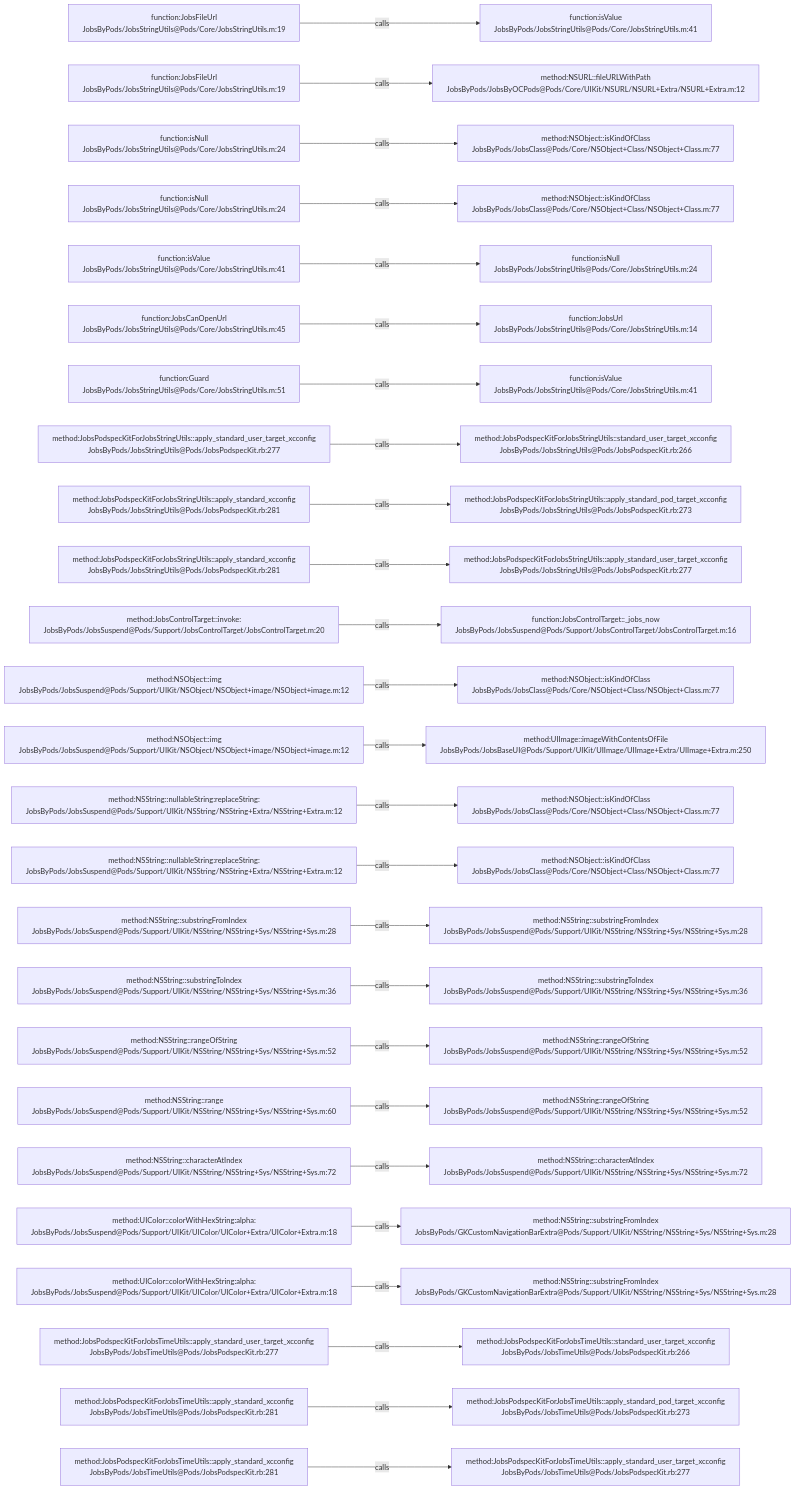
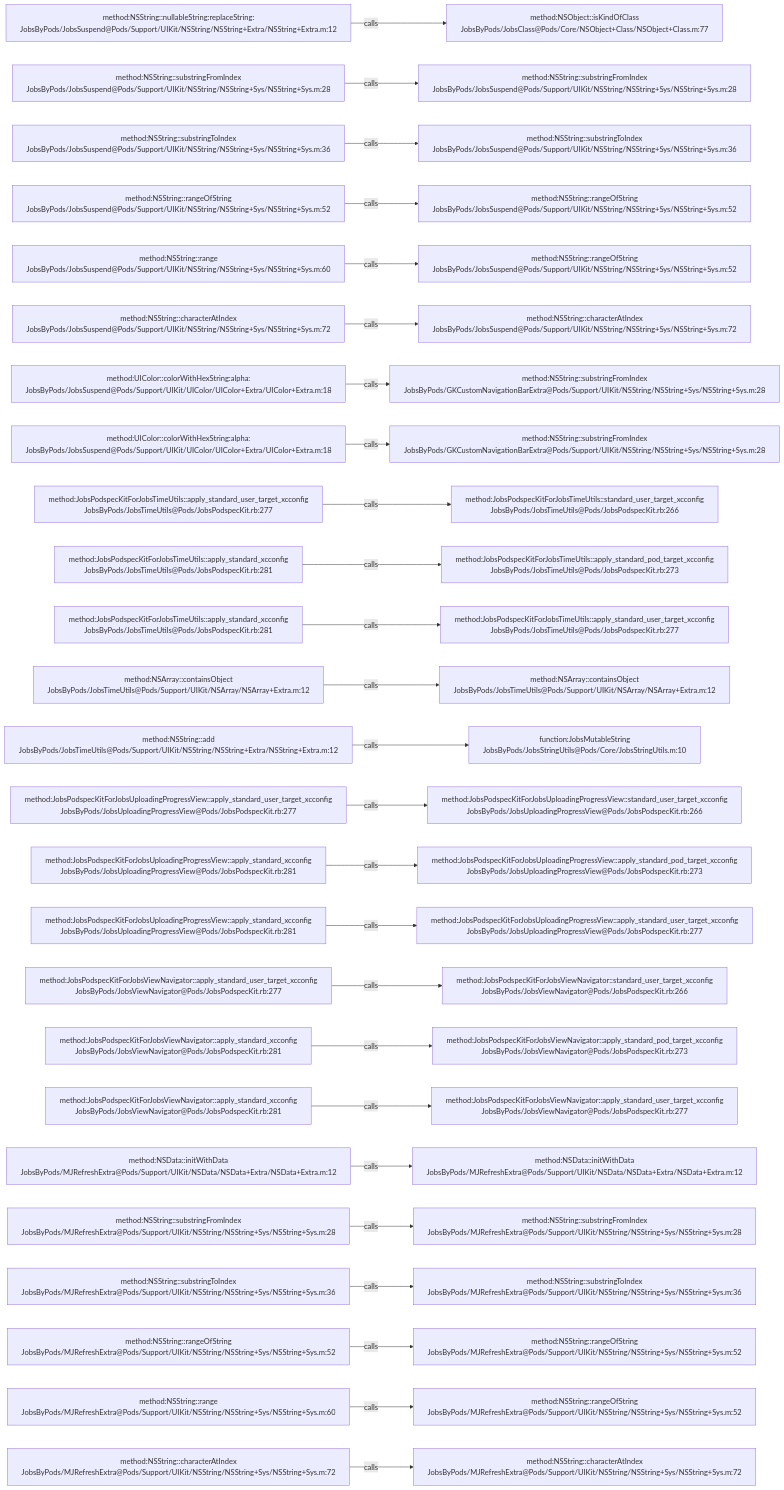
Before and after one commit to JobsKits/JobsOCBaseConfigDemo: the diagram in .codegraph/codegraph.md/graphs/calls-016.md, drawn with Mermaid. The commit also changed 296 other files, not shown here.

````diff
--- a/.codegraph/codegraph.md/graphs/calls-016.md
+++ b/.codegraph/codegraph.md/graphs/calls-016.md
@@ -13,78 +13,78 @@
 ```mermaid
 flowchart LR
-  S1["function:JobsFileUrl<br/>JobsByPods/JobsStringUtils@Pods/Core/JobsStringUtils.m:19"]
-  T1["function:isValue<br/>JobsByPods/JobsStringUtils@Pods/Core/JobsStringUtils.m:41"]
+  S1["method:NSString::nullableString:replaceString:<br/>JobsByPods/JobsSuspend@Pods/Support/UIKit/NSString/NSString+Extra/NSString+Extra.m:12"]
+  T1["method:NSObject::isKindOfClass<br/>JobsByPods/JobsClass@Pods/Core/NSObject+Class/NSObject+Class.m:77"]
   S1 -->|calls| T1
-  S2["function:JobsFileUrl<br/>JobsByPods/JobsStringUtils@Pods/Core/JobsStringUtils.m:19"]
-  T2["method:NSURL::fileURLWithPath<br/>JobsByPods/JobsByOCPods@Pods/Core/UIKit/NSURL/NSURL+Extra/NSURL+Extra.m:12"]
+  S2["method:NSString::substringFromIndex<br/>JobsByPods/JobsSuspend@Pods/Support/UIKit/NSString/NSString+Sys/NSString+Sys.m:28"]
+  T2["method:NSString::substringFromIndex<br/>JobsByPods/JobsSuspend@Pods/Support/UIKit/NSString/NSString+Sys/NSString+Sys.m:28"]
   S2 -->|calls| T2
-  S3["function:isNull<br/>JobsByPods/JobsStringUtils@Pods/Core/JobsStringUtils.m:24"]
-  T3["method:NSObject::isKindOfClass<br/>JobsByPods/JobsClass@Pods/Core/NSObject+Class/NSObject+Class.m:77"]
+  S3["method:NSString::substringToIndex<br/>JobsByPods/JobsSuspend@Pods/Support/UIKit/NSString/NSString+Sys/NSString+Sys.m:36"]
+  T3["method:NSString::substringToIndex<br/>JobsByPods/JobsSuspend@Pods/Support/UIKit/NSString/NSString+Sys/NSString+Sys.m:36"]
   S3 -->|calls| T3
-  S4["function:isNull<br/>JobsByPods/JobsStringUtils@Pods/Core/JobsStringUtils.m:24"]
-  T4["method:NSObject::isKindOfClass<br/>JobsByPods/JobsClass@Pods/Core/NSObject+Class/NSObject+Class.m:77"]
+  S4["method:NSString::rangeOfString<br/>JobsByPods/JobsSuspend@Pods/Support/UIKit/NSString/NSString+Sys/NSString+Sys.m:52"]
+  T4["method:NSString::rangeOfString<br/>JobsByPods/JobsSuspend@Pods/Support/UIKit/NSString/NSString+Sys/NSString+Sys.m:52"]
   S4 -->|calls| T4
-  S5["function:isValue<br/>JobsByPods/JobsStringUtils@Pods/Core/JobsStringUtils.m:41"]
-  T5["function:isNull<br/>JobsByPods/JobsStringUtils@Pods/Core/JobsStringUtils.m:24"]
+  S5["method:NSString::range<br/>JobsByPods/JobsSuspend@Pods/Support/UIKit/NSString/NSString+Sys/NSString+Sys.m:60"]
+  T5["method:NSString::rangeOfString<br/>JobsByPods/JobsSuspend@Pods/Support/UIKit/NSString/NSString+Sys/NSString+Sys.m:52"]
   S5 -->|calls| T5
-  S6["function:JobsCanOpenUrl<br/>JobsByPods/JobsStringUtils@Pods/Core/JobsStringUtils.m:45"]
-  T6["function:JobsUrl<br/>JobsByPods/JobsStringUtils@Pods/Core/JobsStringUtils.m:14"]
+  S6["method:NSString::characterAtIndex<br/>JobsByPods/JobsSuspend@Pods/Support/UIKit/NSString/NSString+Sys/NSString+Sys.m:72"]
+  T6["method:NSString::characterAtIndex<br/>JobsByPods/JobsSuspend@Pods/Support/UIKit/NSString/NSString+Sys/NSString+Sys.m:72"]
   S6 -->|calls| T6
-  S7["function:Guard<br/>JobsByPods/JobsStringUtils@Pods/Core/JobsStringUtils.m:51"]
-  T7["function:isValue<br/>JobsByPods/JobsStringUtils@Pods/Core/JobsStringUtils.m:41"]
+  S7["method:UIColor::colorWithHexString:alpha:<br/>JobsByPods/JobsSuspend@Pods/Support/UIKit/UIColor/UIColor+Extra/UIColor+Extra.m:18"]
+  T7["method:NSString::substringFromIndex<br/>JobsByPods/GKCustomNavigationBarExtra@Pods/Support/UIKit/NSString/NSString+Sys/NSString+Sys.m:28"]
   S7 -->|calls| T7
-  S8["method:JobsPodspecKitForJobsStringUtils::apply_standard_user_target_xcconfig<br/>JobsByPods/JobsStringUtils@Pods/JobsPodspecKit.rb:277"]
-  T8["method:JobsPodspecKitForJobsStringUtils::standard_user_target_xcconfig<br/>JobsByPods/JobsStringUtils@Pods/JobsPodspecKit.rb:266"]
+  S8["method:UIColor::colorWithHexString:alpha:<br/>JobsByPods/JobsSuspend@Pods/Support/UIKit/UIColor/UIColor+Extra/UIColor+Extra.m:18"]
+  T8["method:NSString::substringFromIndex<br/>JobsByPods/GKCustomNavigationBarExtra@Pods/Support/UIKit/NSString/NSString+Sys/NSString+Sys.m:28"]
   S8 -->|calls| T8
-  S9["method:JobsPodspecKitForJobsStringUtils::apply_standard_xcconfig<br/>JobsByPods/JobsStringUtils@Pods/JobsPodspecKit.rb:281"]
-  T9["method:JobsPodspecKitForJobsStringUtils::apply_standard_pod_target_xcconfig<br/>JobsByPods/JobsStringUtils@Pods/JobsPodspecKit.rb:273"]
+  S9["method:JobsPodspecKitForJobsTimeUtils::apply_standard_user_target_xcconfig<br/>JobsByPods/JobsTimeUtils@Pods/JobsPodspecKit.rb:277"]
+  T9["method:JobsPodspecKitForJobsTimeUtils::standard_user_target_xcconfig<br/>JobsByPods/JobsTimeUtils@Pods/JobsPodspecKit.rb:266"]
   S9 -->|calls| T9
-  S10["method:JobsPodspecKitForJobsStringUtils::apply_standard_xcconfig<br/>JobsByPods/JobsStringUtils@Pods/JobsPodspecKit.rb:281"]
-  T10["method:JobsPodspecKitForJobsStringUtils::apply_standard_user_target_xcconfig<br/>JobsByPods/JobsStringUtils@Pods/JobsPodspecKit.rb:277"]
+  S10["method:JobsPodspecKitForJobsTimeUtils::apply_standard_xcconfig<br/>JobsByPods/JobsTimeUtils@Pods/JobsPodspecKit.rb:281"]
+  T10["method:JobsPodspecKitForJobsTimeUtils::apply_standard_pod_target_xcconfig<br/>JobsByPods/JobsTimeUtils@Pods/JobsPodspecKit.rb:273"]
   S10 -->|calls| T10
-  S11["method:JobsControlTarget::invoke:<br/>JobsByPods/JobsSuspend@Pods/Support/JobsControlTarget/JobsControlTarget.m:20"]
-  T11["function:JobsControlTarget::_jobs_now<br/>JobsByPods/JobsSuspend@Pods/Support/JobsControlTarget/JobsControlTarget.m:16"]
+  S11["method:JobsPodspecKitForJobsTimeUtils::apply_standard_xcconfig<br/>JobsByPods/JobsTimeUtils@Pods/JobsPodspecKit.rb:281"]
+  T11["method:JobsPodspecKitForJobsTimeUtils::apply_standard_user_target_xcconfig<br/>JobsByPods/JobsTimeUtils@Pods/JobsPodspecKit.rb:277"]
   S11 -->|calls| T11
-  S12["method:NSObject::img<br/>JobsByPods/JobsSuspend@Pods/Support/UIKit/NSObject/NSObject+image/NSObject+image.m:12"]
-  T12["method:NSObject::isKindOfClass<br/>JobsByPods/JobsClass@Pods/Core/NSObject+Class/NSObject+Class.m:77"]
+  S12["method:NSArray::containsObject<br/>JobsByPods/JobsTimeUtils@Pods/Support/UIKit/NSArray/NSArray+Extra.m:12"]
+  T12["method:NSArray::containsObject<br/>JobsByPods/JobsTimeUtils@Pods/Support/UIKit/NSArray/NSArray+Extra.m:12"]
   S12 -->|calls| T12
-  S13["method:NSObject::img<br/>JobsByPods/JobsSuspend@Pods/Support/UIKit/NSObject/NSObject+image/NSObject+image.m:12"]
-  T13["method:UIImage::imageWithContentsOfFile<br/>JobsByPods/JobsBaseUI@Pods/Support/UIKit/UIImage/UIImage+Extra/UIImage+Extra.m:250"]
+  S13["method:NSString::add<br/>JobsByPods/JobsTimeUtils@Pods/Support/UIKit/NSString/NSString+Extra/NSString+Extra.m:12"]
+  T13["function:JobsMutableString<br/>JobsByPods/JobsStringUtils@Pods/Core/JobsStringUtils.m:10"]
   S13 -->|calls| T13
-  S14["method:NSString::nullableString:replaceString:<br/>JobsByPods/JobsSuspend@Pods/Support/UIKit/NSString/NSString+Extra/NSString+Extra.m:12"]
-  T14["method:NSObject::isKindOfClass<br/>JobsByPods/JobsClass@Pods/Core/NSObject+Class/NSObject+Class.m:77"]
+  S14["method:JobsPodspecKitForJobsUploadingProgressView::apply_standard_user_target_xcconfig<br/>JobsByPods/JobsUploadingProgressView@Pods/JobsPodspecKit.rb:277"]
+  T14["method:JobsPodspecKitForJobsUploadingProgressView::standard_user_target_xcconfig<br/>JobsByPods/JobsUploadingProgressView@Pods/JobsPodspecKit.rb:266"]
   S14 -->|calls| T14
-  S15["method:NSString::nullableString:replaceString:<br/>JobsByPods/JobsSuspend@Pods/Support/UIKit/NSString/NSString+Extra/NSString+Extra.m:12"]
-  T15["method:NSObject::isKindOfClass<br/>JobsByPods/JobsClass@Pods/Core/NSObject+Class/NSObject+Class.m:77"]
+  S15["method:JobsPodspecKitForJobsUploadingProgressView::apply_standard_xcconfig<br/>JobsByPods/JobsUploadingProgressView@Pods/JobsPodspecKit.rb:281"]
+  T15["method:JobsPodspecKitForJobsUploadingProgressView::apply_standard_pod_target_xcconfig<br/>JobsByPods/JobsUploadingProgressView@Pods/JobsPodspecKit.rb:273"]
   S15 -->|calls| T15
-  S16["method:NSString::substringFromIndex<br/>JobsByPods/JobsSuspend@Pods/Support/UIKit/NSString/NSString+Sys/NSString+Sys.m:28"]
-  T16["method:NSString::substringFromIndex<br/>JobsByPods/JobsSuspend@Pods/Support/UIKit/NSString/NSString+Sys/NSString+Sys.m:28"]
+  S16["method:JobsPodspecKitForJobsUploadingProgressView::apply_standard_xcconfig<br/>JobsByPods/JobsUploadingProgressView@Pods/JobsPodspecKit.rb:281"]
+  T16["method:JobsPodspecKitForJobsUploadingProgressView::apply_standard_user_target_xcconfig<br/>JobsByPods/JobsUploadingProgressView@Pods/JobsPodspecKit.rb:277"]
   S16 -->|calls| T16
-  S17["method:NSString::substringToIndex<br/>JobsByPods/JobsSuspend@Pods/Support/UIKit/NSString/NSString+Sys/NSString+Sys.m:36"]
-  T17["method:NSString::substringToIndex<br/>JobsByPods/JobsSuspend@Pods/Support/UIKit/NSString/NSString+Sys/NSString+Sys.m:36"]
+  S17["method:JobsPodspecKitForJobsViewNavigator::apply_standard_user_target_xcconfig<br/>JobsByPods/JobsViewNavigator@Pods/JobsPodspecKit.rb:277"]
+  T17["method:JobsPodspecKitForJobsViewNavigator::standard_user_target_xcconfig<br/>JobsByPods/JobsViewNavigator@Pods/JobsPodspecKit.rb:266"]
   S17 -->|calls| T17
-  S18["method:NSString::rangeOfString<br/>JobsByPods/JobsSuspend@Pods/Support/UIKit/NSString/NSString+Sys/NSString+Sys.m:52"]
-  T18["method:NSString::rangeOfString<br/>JobsByPods/JobsSuspend@Pods/Support/UIKit/NSString/NSString+Sys/NSString+Sys.m:52"]
+  S18["method:JobsPodspecKitForJobsViewNavigator::apply_standard_xcconfig<br/>JobsByPods/JobsViewNavigator@Pods/JobsPodspecKit.rb:281"]
+  T18["method:JobsPodspecKitForJobsViewNavigator::apply_standard_pod_target_xcconfig<br/>JobsByPods/JobsViewNavigator@Pods/JobsPodspecKit.rb:273"]
   S18 -->|calls| T18
-  S19["method:NSString::range<br/>JobsByPods/JobsSuspend@Pods/Support/UIKit/NSString/NSString+Sys/NSString+Sys.m:60"]
-  T19["method:NSString::rangeOfString<br/>JobsByPods/JobsSuspend@Pods/Support/UIKit/NSString/NSString+Sys/NSString+Sys.m:52"]
+  S19["method:JobsPodspecKitForJobsViewNavigator::apply_standard_xcconfig<br/>JobsByPods/JobsViewNavigator@Pods/JobsPodspecKit.rb:281"]
+  T19["method:JobsPodspecKitForJobsViewNavigator::apply_standard_user_target_xcconfig<br/>JobsByPods/JobsViewNavigator@Pods/JobsPodspecKit.rb:277"]
   S19 -->|calls| T19
-  S20["method:NSString::characterAtIndex<br/>JobsByPods/JobsSuspend@Pods/Support/UIKit/NSString/NSString+Sys/NSString+Sys.m:72"]
-  T20["method:NSString::characterAtIndex<br/>JobsByPods/JobsSuspend@Pods/Support/UIKit/NSString/NSString+Sys/NSString+Sys.m:72"]
+  S20["method:NSData::initWithData<br/>JobsByPods/MJRefreshExtra@Pods/Support/UIKit/NSData/NSData+Extra/NSData+Extra.m:12"]
+  T20["method:NSData::initWithData<br/>JobsByPods/MJRefreshExtra@Pods/Support/UIKit/NSData/NSData+Extra/NSData+Extra.m:12"]
   S20 -->|calls| T20
-  S21["method:UIColor::colorWithHexString:alpha:<br/>JobsByPods/JobsSuspend@Pods/Support/UIKit/UIColor/UIColor+Extra/UIColor+Extra.m:18"]
-  T21["method:NSString::substringFromIndex<br/>JobsByPods/GKCustomNavigationBarExtra@Pods/Support/UIKit/NSString/NSString+Sys/NSString+Sys.m:28"]
+  S21["method:NSString::substringFromIndex<br/>JobsByPods/MJRefreshExtra@Pods/Support/UIKit/NSString/NSString+Sys/NSString+Sys.m:28"]
+  T21["method:NSString::substringFromIndex<br/>JobsByPods/MJRefreshExtra@Pods/Support/UIKit/NSString/NSString+Sys/NSString+Sys.m:28"]
   S21 -->|calls| T21
-  S22["method:UIColor::colorWithHexString:alpha:<br/>JobsByPods/JobsSuspend@Pods/Support/UIKit/UIColor/UIColor+Extra/UIColor+Extra.m:18"]
-  T22["method:NSString::substringFromIndex<br/>JobsByPods/GKCustomNavigationBarExtra@Pods/Support/UIKit/NSString/NSString+Sys/NSString+Sys.m:28"]
+  S22["method:NSString::substringToIndex<br/>JobsByPods/MJRefreshExtra@Pods/Support/UIKit/NSString/NSString+Sys/NSString+Sys.m:36"]
+  T22["method:NSString::substringToIndex<br/>JobsByPods/MJRefreshExtra@Pods/Support/UIKit/NSString/NSString+Sys/NSString+Sys.m:36"]
   S22 -->|calls| T22
-  S23["method:JobsPodspecKitForJobsTimeUtils::apply_standard_user_target_xcconfig<br/>JobsByPods/JobsTimeUtils@Pods/JobsPodspecKit.rb:277"]
-  T23["method:JobsPodspecKitForJobsTimeUtils::standard_user_target_xcconfig<br/>JobsByPods/JobsTimeUtils@Pods/JobsPodspecKit.rb:266"]
+  S23["method:NSString::rangeOfString<br/>JobsByPods/MJRefreshExtra@Pods/Support/UIKit/NSString/NSString+Sys/NSString+Sys.m:52"]
+  T23["method:NSString::rangeOfString<br/>JobsByPods/MJRefreshExtra@Pods/Support/UIKit/NSString/NSString+Sys/NSString+Sys.m:52"]
   S23 -->|calls| T23
-  S24["method:JobsPodspecKitForJobsTimeUtils::apply_standard_xcconfig<br/>JobsByPods/JobsTimeUtils@Pods/JobsPodspecKit.rb:281"]
-  T24["method:JobsPodspecKitForJobsTimeUtils::apply_standard_pod_target_xcconfig<br/>JobsByPods/JobsTimeUtils@Pods/JobsPodspecKit.rb:273"]
+  S24["method:NSString::range<br/>JobsByPods/MJRefreshExtra@Pods/Support/UIKit/NSString/NSString+Sys/NSString+Sys.m:60"]
+  T24["method:NSString::rangeOfString<br/>JobsByPods/MJRefreshExtra@Pods/Support/UIKit/NSString/NSString+Sys/NSString+Sys.m:52"]
   S24 -->|calls| T24
-  S25["method:JobsPodspecKitForJobsTimeUtils::apply_standard_xcconfig<br/>JobsByPods/JobsTimeUtils@Pods/JobsPodspecKit.rb:281"]
-  T25["method:JobsPodspecKitForJobsTimeUtils::apply_standard_user_target_xcconfig<br/>JobsByPods/JobsTimeUtils@Pods/JobsPodspecKit.rb:277"]
+  S25["method:NSString::characterAtIndex<br/>JobsByPods/MJRefreshExtra@Pods/Support/UIKit/NSString/NSString+Sys/NSString+Sys.m:72"]
+  T25["method:NSString::characterAtIndex<br/>JobsByPods/MJRefreshExtra@Pods/Support/UIKit/NSString/NSString+Sys/NSString+Sys.m:72"]
   S25 -->|calls| T25
 ```
````
